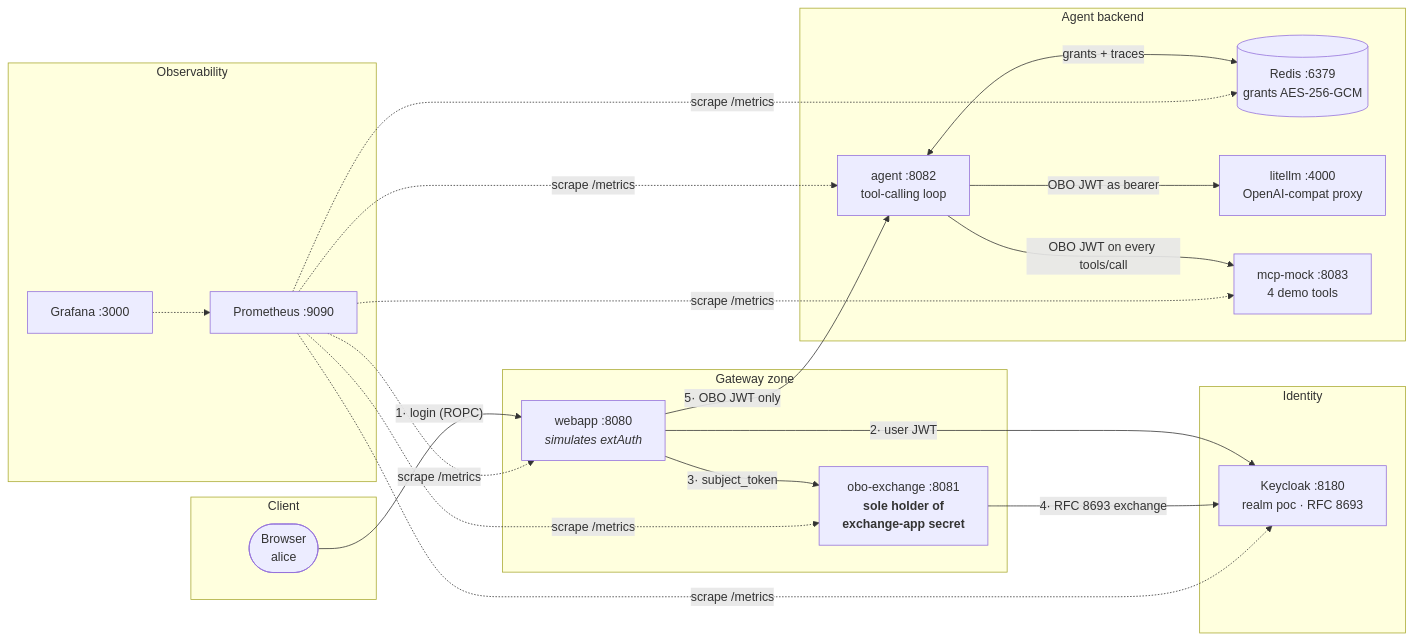
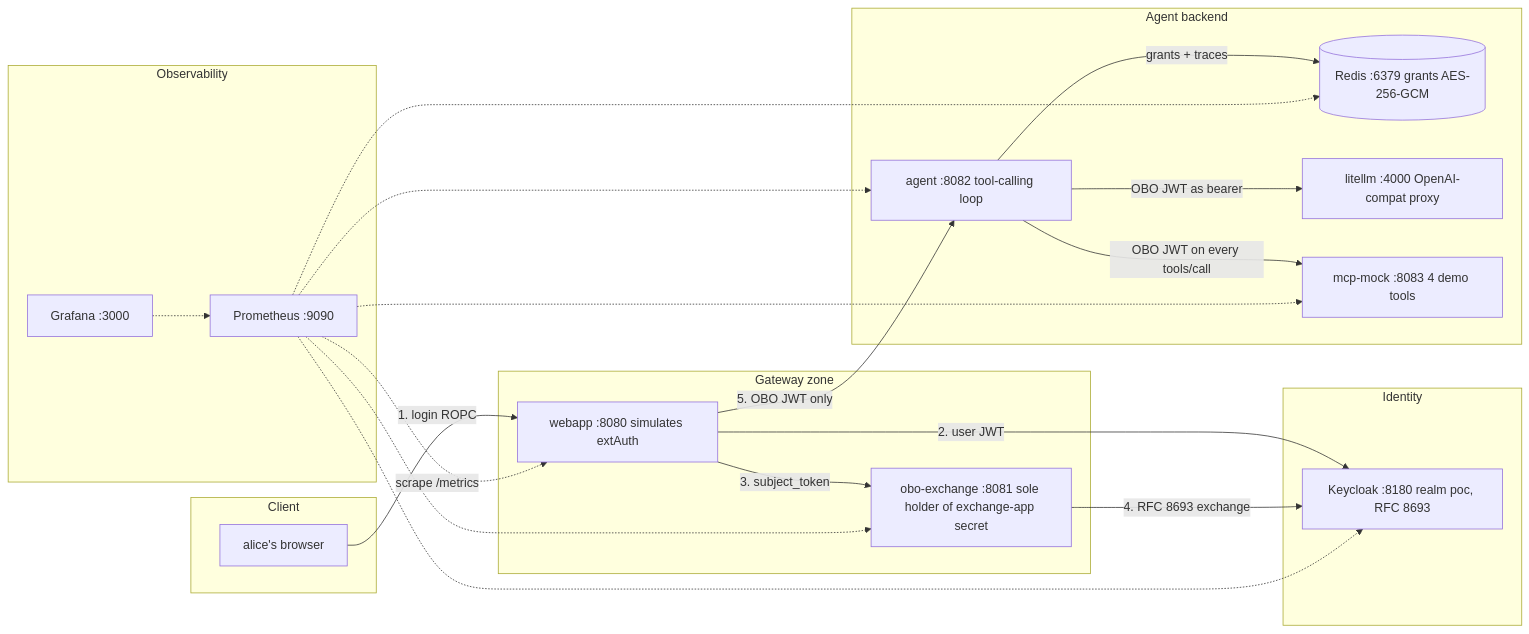
Before and after one commit to lorenzogirardi/website: the first of 3 diagrams in content/posts/who-is-your-ai-agent-acting-for-rfc-8693-on-behalf-of-delegation.md, drawn with Mermaid. The commit also changed other lines of this file, not shown here.

Commit message:
fix(posts): render mermaid diagrams via LoveIt shortcode
Fenced mermaid blocks were rendered as plain code on the site; the
theme renders diagrams through the {{< mermaid >}} shortcode (as the
ROCm post does). Convert all three diagrams and simplify labels to
plain ASCII.

````diff
--- a/content/posts/who-is-your-ai-agent-acting-for-rfc-8693-on-behalf-of-delegation.md
+++ b/content/posts/who-is-your-ai-agent-acting-for-rfc-8693-on-behalf-of-delegation.md
@@ -123,34 +123,39 @@
-```mermaid
+{{< mermaid >}}
 flowchart LR
-    subgraph client["Client"]
-        B([Browser<br/>alice])
+    subgraph client[Client]
+        B[alice's browser]
     end
-    subgraph gateway["Gateway zone"]
-        W["webapp :8080<br/><i>simulates extAuth</i>"]
-        O["obo-exchange :8081<br/><b>sole holder of<br/>exchange-app secret</b>"]
+    subgraph gateway[Gateway zone]
+        W[webapp :8080 simulates extAuth]
+        O[obo-exchange :8081 sole holder of exchange-app secret]
     end
-    subgraph idp["Identity"]
-        K["Keycloak :8180<br/>realm poc · RFC 8693"]
+    subgraph idp[Identity]
+        K[Keycloak :8180 realm poc, RFC 8693]
     end
-    subgraph backend["Agent backend"]
-        A["agent :8082<br/>tool-calling loop"]
-        R[("Redis :6379<br/>grants AES-256-GCM")]
-        L["litellm :4000<br/>OpenAI-compat proxy"]
-        M["mcp-mock :8083<br/>4 demo tools"]
+    subgraph backend[Agent backend]
+        A[agent :8082 tool-calling loop]
+        R[(Redis :6379 grants AES-256-GCM)]
+        L[litellm :4000 OpenAI-compat proxy]
+        M[mcp-mock :8083 4 demo tools]
     end
-    subgraph obs["Observability"]
-        P["Prometheus :9090"]
-        G["Grafana :3000"]
+    subgraph obs[Observability]
+        P[Prometheus :9090]
+        G[Grafana :3000]
     end
 
-    B -->|"1· login (ROPC)"| W
-    W -->|"2· user JWT"| K
-    W -->|"3· subject_token"| O
-    O -->|"4· RFC 8693 exchange"| K
-    W -->|"5· OBO JWT only"| A
-    A <-->|grants + traces| R
-    A -->|"OBO JWT as bearer"| L
-    A -->|"OBO JWT on every tools/call"| M
-    P -.->|"scrape /metrics"| W & O & A & M & K & R
+    B -->|1. login ROPC| W
+    W -->|2. user JWT| K
+    W -->|3. subject_token| O
+    O -->|4. RFC 8693 exchange| K
+    W -->|5. OBO JWT only| A
+    A -->|grants + traces| R
+    A -->|OBO JWT as bearer| L
+    A -->|OBO JWT on every tools/call| M
+    P -.->|scrape /metrics| W
+    P -.-> O
+    P -.-> A
+    P -.-> M
+    P -.-> K
+    P -.-> R
     G -.-> P
-```
+{{< /mermaid >}}
````
